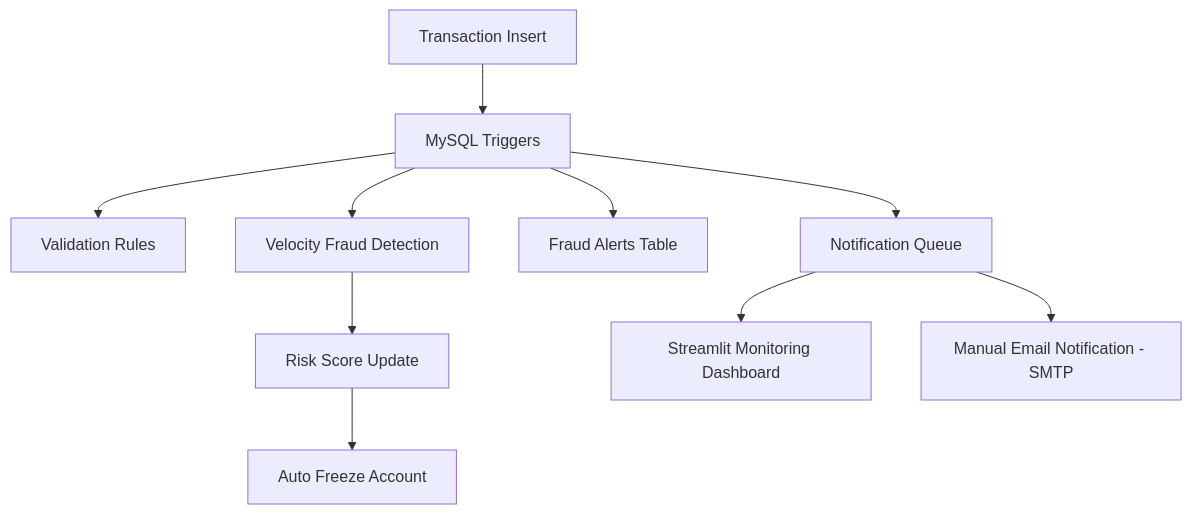
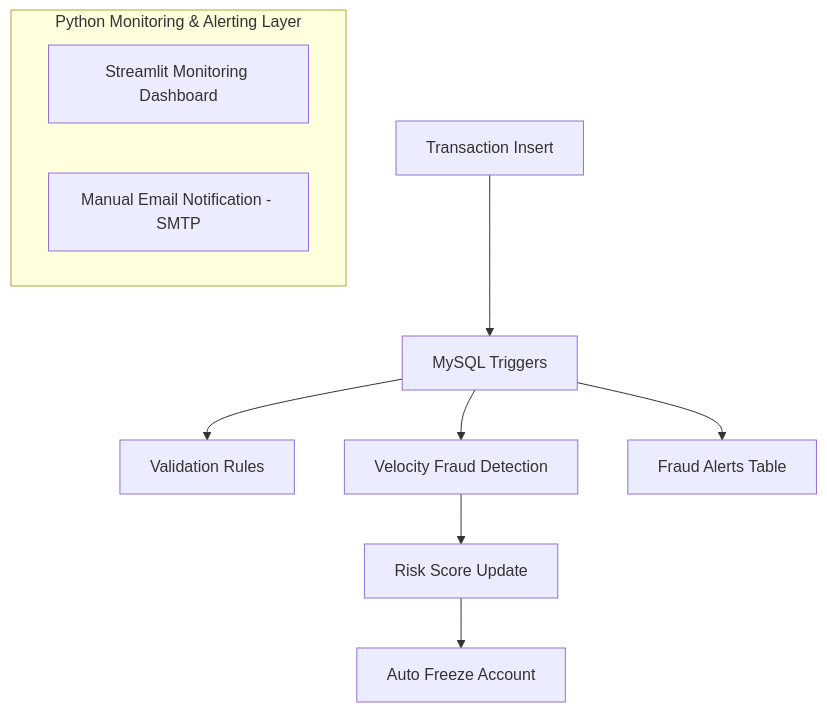
Before and after one commit to kishorem1206/Database-Driven-Fraud-Detection-System: the diagram in README.md, drawn with Mermaid.

Commit message:
Modified System architecture

````diff
--- a/README.md
+++ b/README.md
@@ -35,16 +35,22 @@
 ```mermaid
 flowchart TD
+
+    %% Core Database Layer
     A[Transaction Insert] --> B[MySQL Triggers]
 
     B --> C[Validation Rules]
     B --> D[Velocity Fraud Detection]
     B --> E[Fraud Alerts Table]
-    B --> F[Notification Queue]
 
-    D --> G[Risk Score Update]
-    G --> H[Auto Freeze Account]
+    D --> F[Risk Score Update]
+    F --> G[Auto Freeze Account]
 
-    %% Python-based components (separate)
-    F --> I[Streamlit Monitoring Dashboard]
-    F --> J[Manual Email Notification - SMTP]
+    %% -------------------------
+    %% Python Layer (Independent)
+    %% -------------------------
+    subgraph Python_Consumers["Python Monitoring & Alerting Layer"]
+        H[Streamlit Monitoring Dashboard]
+        I[Manual Email Notification - SMTP]
+    end
+
 ```
````
